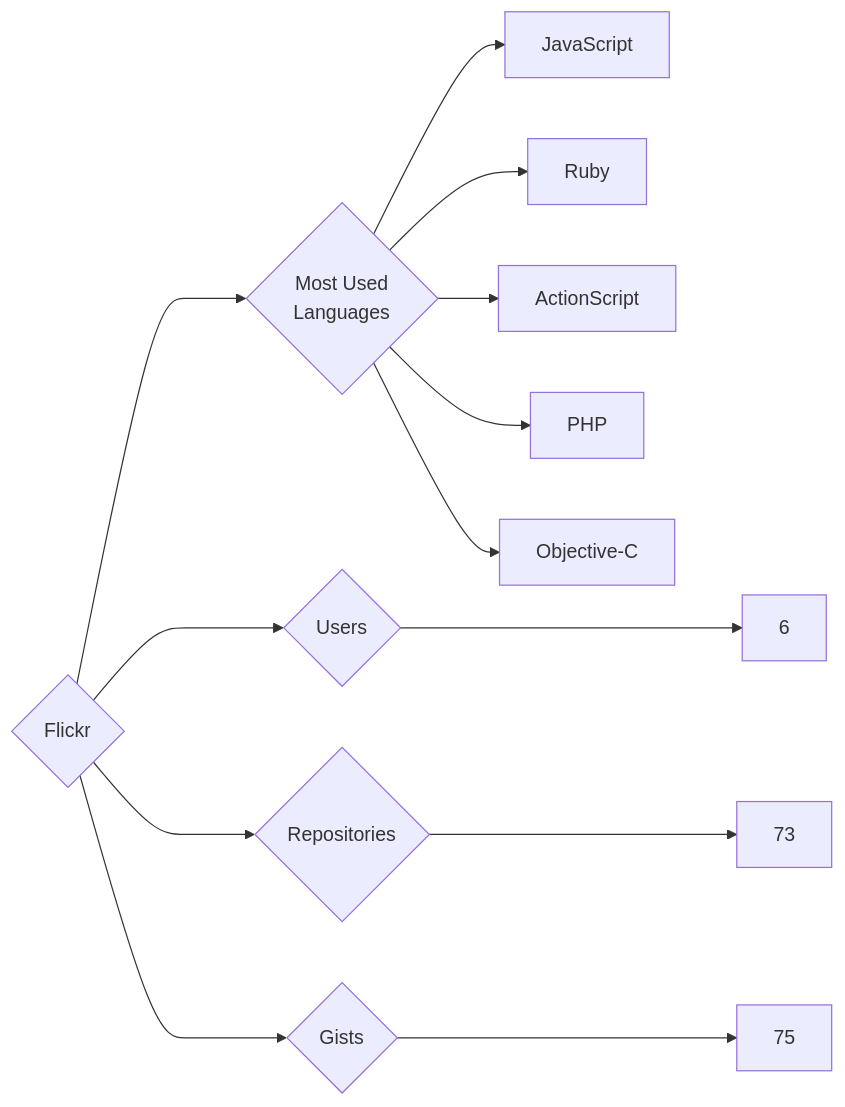
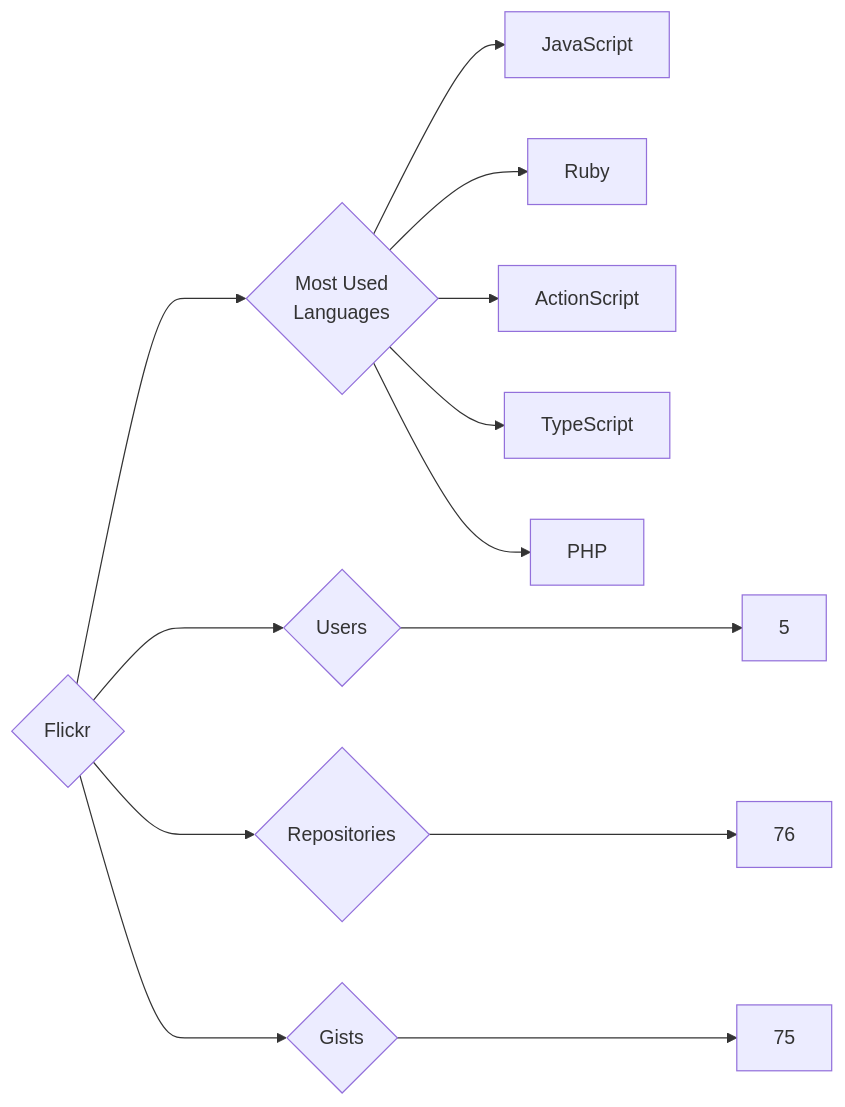
One commit to trickest/insiders changed the diagram in targets/Flickr/README.md. Above: the diagram before and after it, drawn with Mermaid. The commit also changed 874 other files, not shown here.

````diff
--- a/targets/Flickr/README.md
+++ b/targets/Flickr/README.md
@@ -3,13 +3,13 @@
 ```mermaid
 graph LR
 COMPANY_NAME{Flickr}
-COMPANY_NAME ---> U{Users} ---> UN[6]
-COMPANY_NAME ---> R{Repositories} ---> RN[73]
+COMPANY_NAME ---> U{Users} ---> UN[5]
+COMPANY_NAME ---> R{Repositories} ---> RN[76]
 COMPANY_NAME ---> G{Gists} ---> GN[75]
 COMPANY_NAME ---> ML{Most Used<br>Languages}
 ML --> JavaScript[JavaScript]
 ML --> Ruby[Ruby]
 ML --> ActionScript[ActionScript]
+ML --> TypeScript[TypeScript]
 ML --> PHP[PHP]
-ML --> Objective-C[Objective-C]
 ```
````
